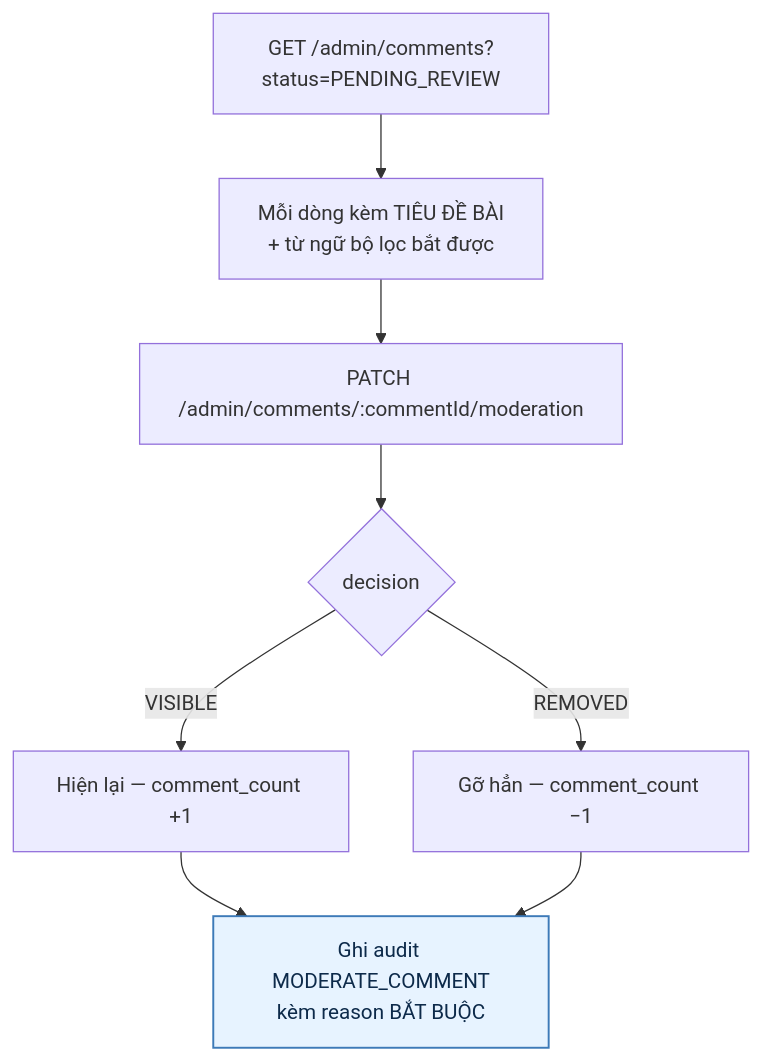
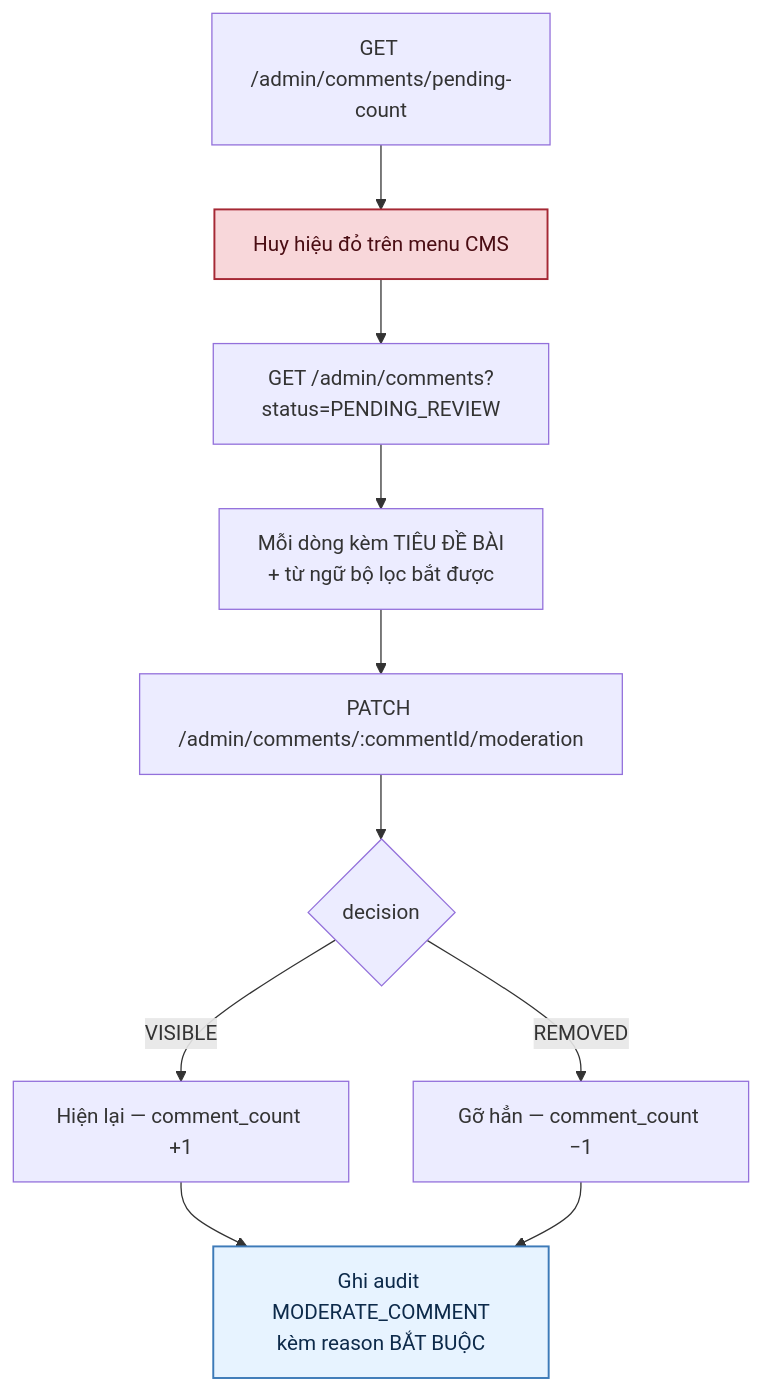
The eighth of 8 diagrams in docs/diagram/06-interaction.md (fdshn/trueheart), drawn with Mermaid before and after one commit. The commit also changed other lines of this file and 56 other files, not shown here.

````diff
--- a/docs/diagram/06-interaction.md
+++ b/docs/diagram/06-interaction.md
@@ -232,12 +252,15 @@
 ```mermaid
 flowchart TD
-    A["GET /admin/comments?status=PENDING_REVIEW"] --> B[Mỗi dòng kèm TIÊU ĐỀ BÀI<br/>+ từ ngữ bộ lọc bắt được]
+    Z["GET /admin/comments/pending-count"] --> Y["Huy hiệu đỏ trên menu CMS"]
+    Y --> A["GET /admin/comments?status=PENDING_REVIEW"]
+    A --> B[Mỗi dòng kèm TIÊU ĐỀ BÀI<br/>+ từ ngữ bộ lọc bắt được]
     B --> C["PATCH /admin/comments/:commentId/moderation"]
     C --> D{decision}
     D -->|VISIBLE| E[Hiện lại — comment_count +1]
     D -->|REMOVED| F[Gỡ hẳn — comment_count −1]
     E --> G["Ghi audit MODERATE_COMMENT<br/>kèm reason BẮT BUỘC"]
     F --> G
 
     style G fill:#e7f3ff,stroke:#3d7ab8,stroke-width:1.5px,color:#0d2a4a
+    style Y fill:#f8d7da,stroke:#a52834,stroke-width:1.5px,color:#4a0d13
 ```
````
